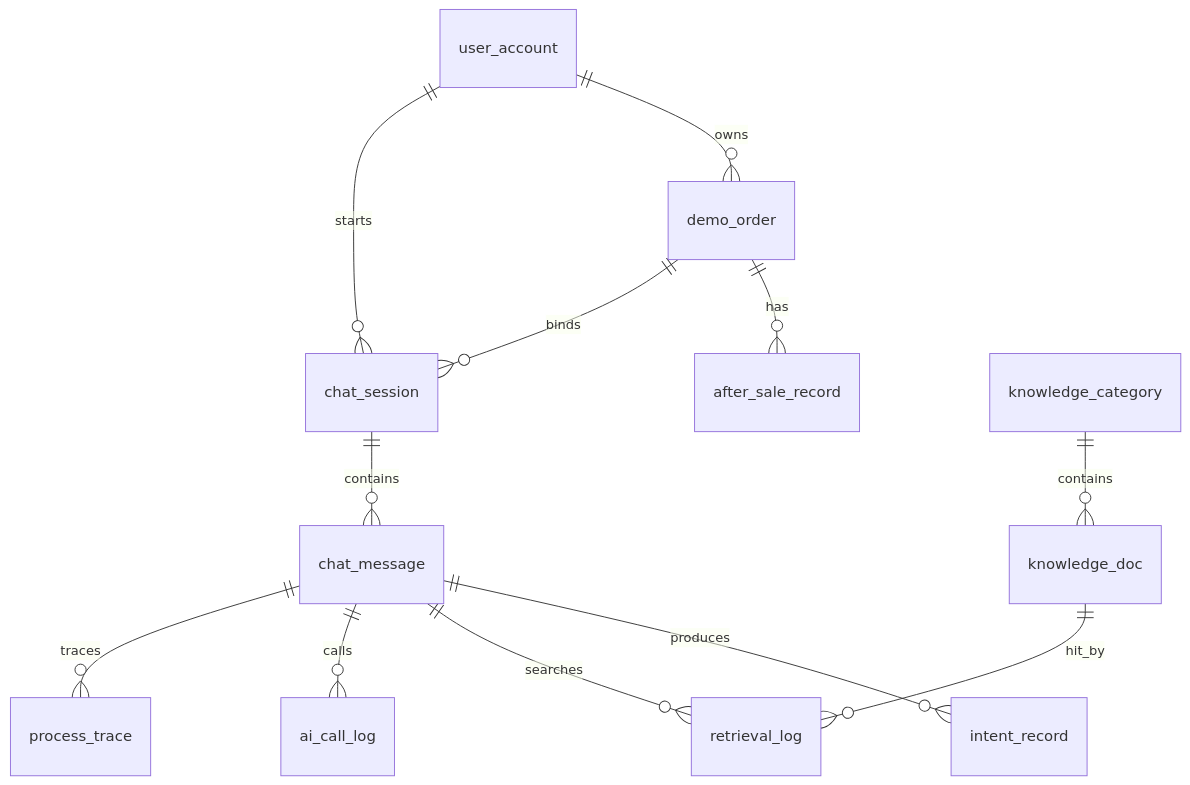
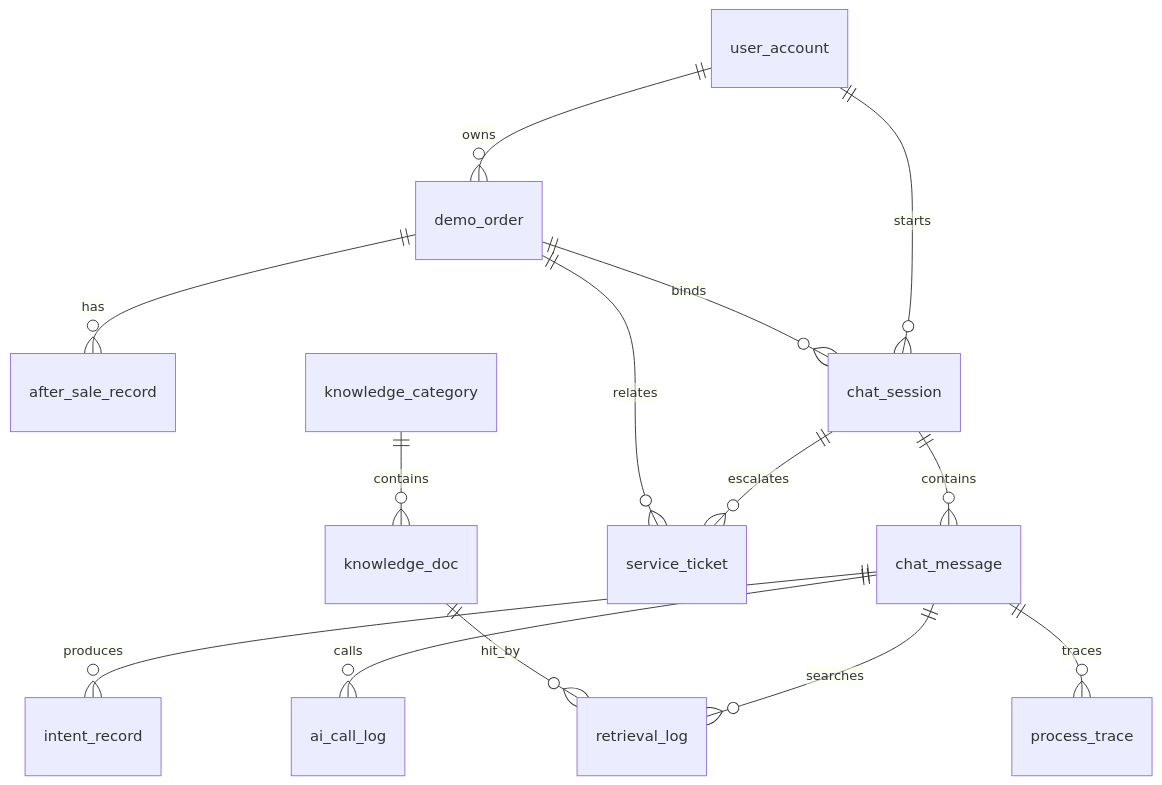
One commit to sybooss/xm changed the diagram in docs/database-design.md. Above: the diagram before and after it, drawn with Mermaid. The commit also changed other lines of this file and 28 other files, not shown here.

````diff
--- a/docs/database-design.md
+++ b/docs/database-design.md
@@ -27,14 +27,16 @@
 ```mermaid
 erDiagram
     user_account ||--o{ demo_order : owns
     demo_order ||--o{ after_sale_record : has
     user_account ||--o{ chat_session : starts
     demo_order ||--o{ chat_session : binds
     chat_session ||--o{ chat_message : contains
     chat_message ||--o{ intent_record : produces
     chat_message ||--o{ retrieval_log : searches
     chat_message ||--o{ ai_call_log : calls
     chat_message ||--o{ process_trace : traces
+    chat_session ||--o{ service_ticket : escalates
+    demo_order ||--o{ service_ticket : relates
     knowledge_category ||--o{ knowledge_doc : contains
     knowledge_doc ||--o{ retrieval_log : hit_by
 ```
````
